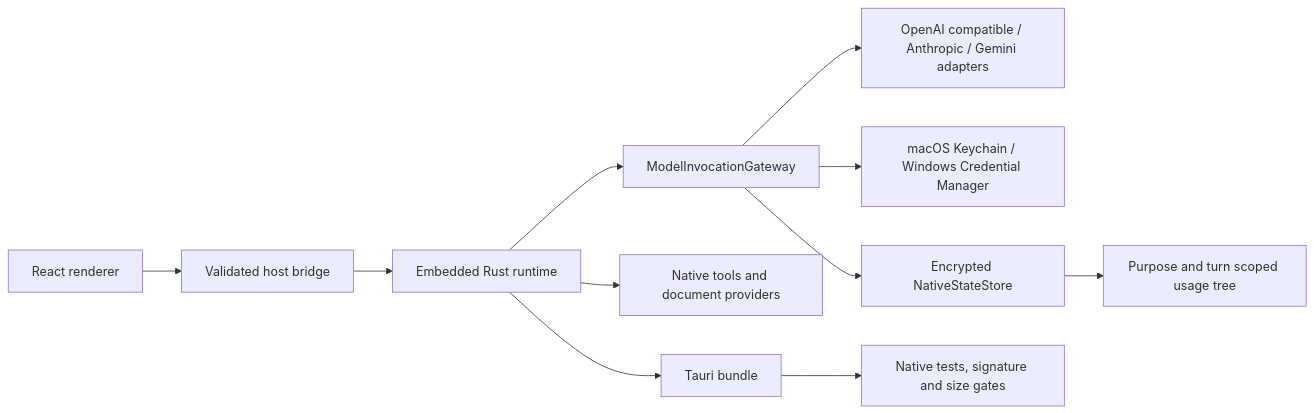
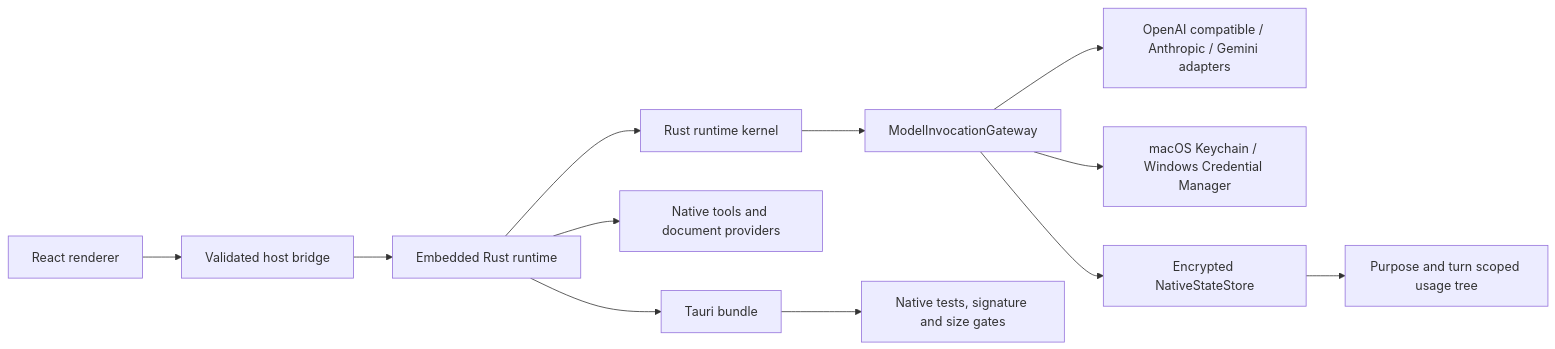
Before and after one commit to NSIETeam/ClawMaster: the third of 4 diagrams in docs/code-map.md, drawn with Mermaid. The commit also changed other lines of this file and 15 other files, not shown here.

Commit message:
feat(runtime): enforce native Rust lifecycle kernel

````diff
--- a/docs/code-map.md
+++ b/docs/code-map.md
@@ -51,13 +54,14 @@
 ```mermaid
 flowchart LR
   Renderer[React renderer] --> Bridge[Validated host bridge]
   Bridge --> Rust[Embedded Rust runtime]
-  Rust --> Gateway[ModelInvocationGateway]
+  Rust --> Kernel[Rust runtime kernel]
+  Kernel --> Gateway[ModelInvocationGateway]
   Gateway --> Model[OpenAI compatible / Anthropic / Gemini adapters]
   Gateway --> Vault[macOS Keychain / Windows Credential Manager]
   Gateway --> Store[Encrypted NativeStateStore]
   Store --> Ledger[Purpose and turn scoped usage tree]
   Rust --> Tools[Native tools and document providers]
   Rust --> Bundle[Tauri bundle]
   Bundle --> Verify[Native tests, signature and size gates]
 ```
````
